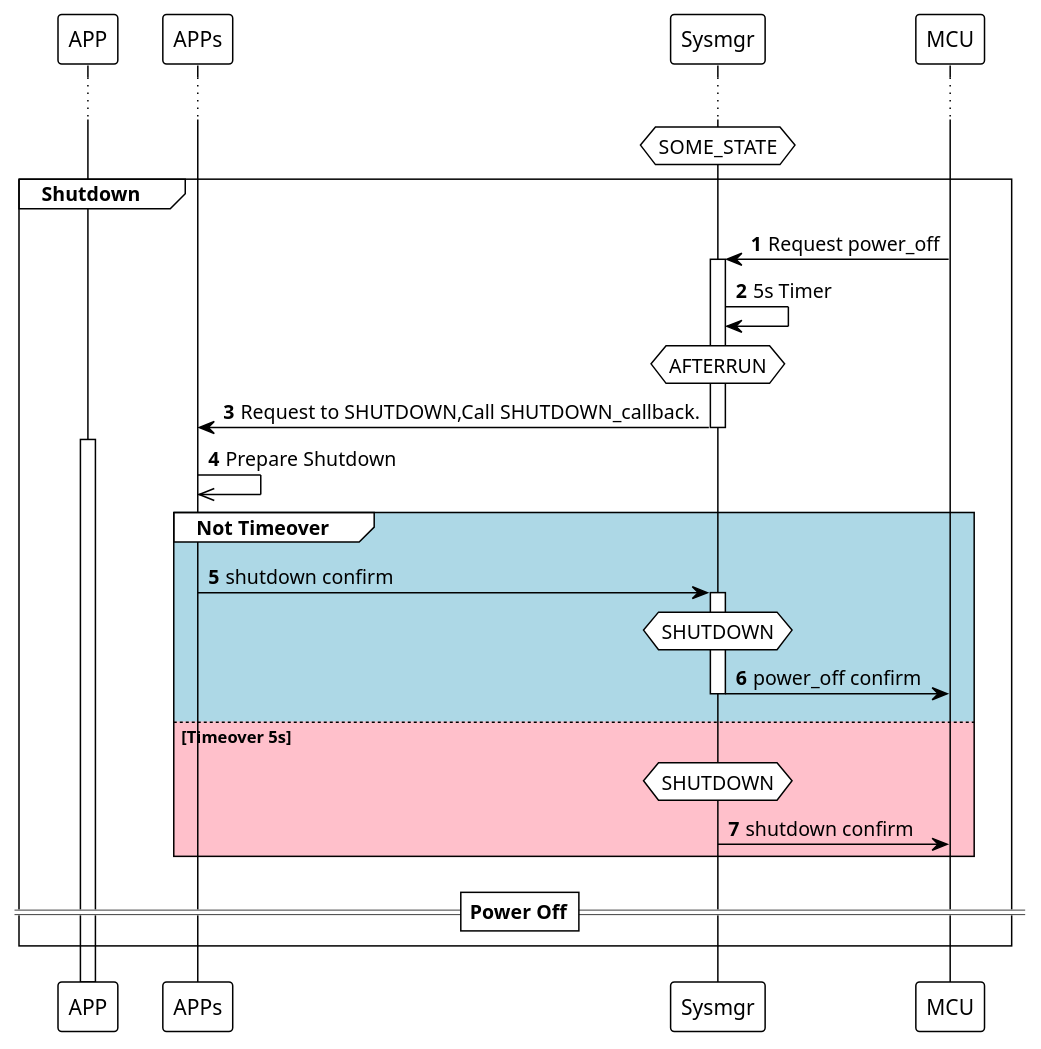
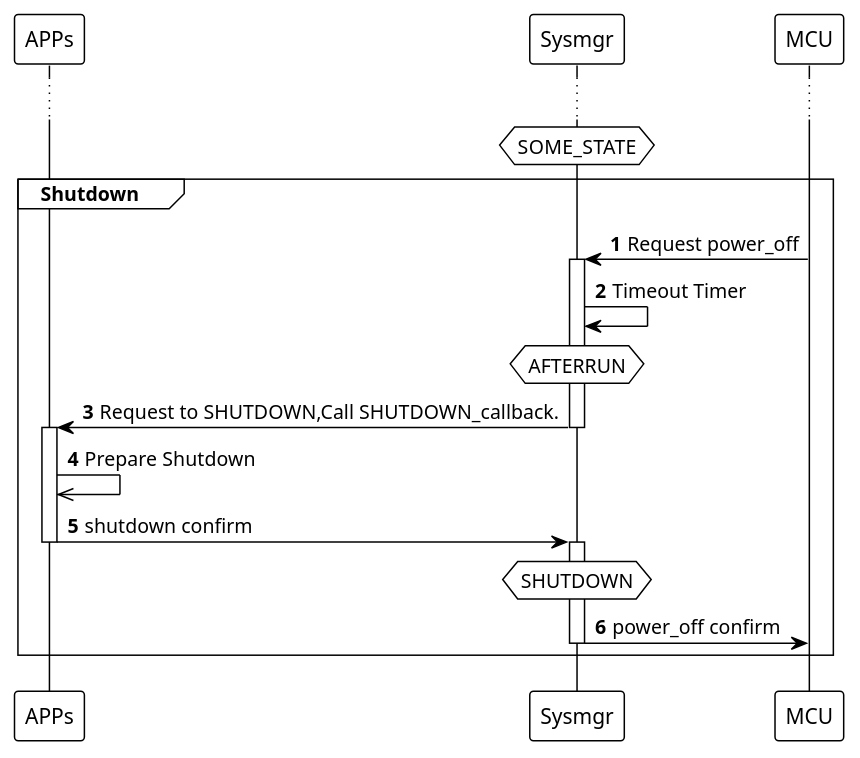
The fifth of 6 diagrams in sysmgr/stateflow.md (Pei-T/notebook), drawn with PlantUML before and after one commit. The commit also changed other lines of this file and 9 other files, not shown here.

````diff
--- a/sysmgr/stateflow.md
+++ b/sysmgr/stateflow.md
@@ -159,36 +182,31 @@
 ```puml
 @startuml "StateFlow"
 !theme plain
 autonumber
 !pragma teoz true
 participant MCU order 40
 participant Sysmgr order 30
 participant APPs order 10
 ...
 hnote over Sysmgr:SOME_STATE
 group Shutdown
 {start} MCU->Sysmgr:Request power_off
 activate Sysmgr
-Sysmgr->Sysmgr:5s Timer
+Sysmgr->Sysmgr:Timeout Timer
 hnote over Sysmgr:AFTERRUN
 Sysmgr->APPs:Request to SHUTDOWN,Call SHUTDOWN_callback.
-activate APP
+activate APPs
 deactivate Sysmgr
 APPs->>APPs:Prepare Shutdown
-group #LightBlue Not Timeover
+
+
 APPs->Sysmgr:shutdown confirm
 activate Sysmgr
 deactivate APPs
 hnote over Sysmgr:SHUTDOWN
-{end} Sysmgr->MCU:power_off confirm
+Sysmgr->MCU:power_off confirm
 deactivate Sysmgr
-else #pink Timeover 5s
-hnote over Sysmgr:SHUTDOWN
-Sysmgr->MCU:shutdown confirm
-end
-
-==Power Off==
 
 @enduml
 {start} <-> {end} :Max 5s
 ```
````
